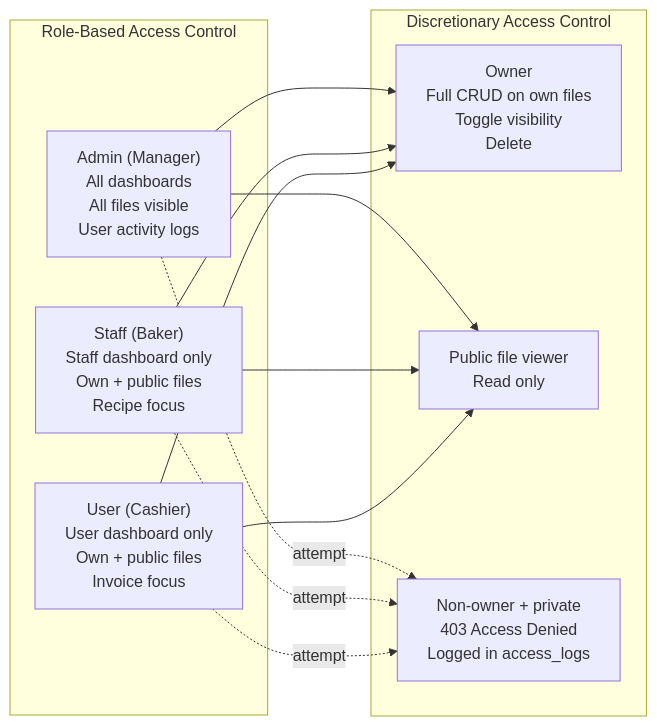
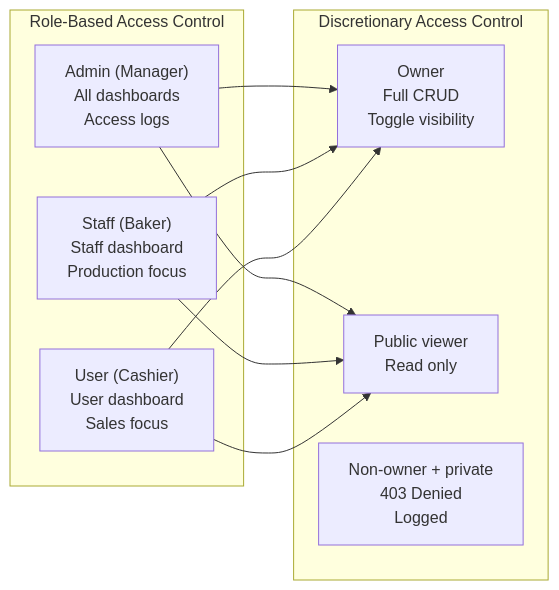
One commit to mikaelleon/BakeSync-Authentication changed the third of 4 diagrams in docs/ARCHITECTURE.md. Above: the diagram before and after it, drawn with Mermaid. The commit also changed other lines of this file and 1599 other files, not shown here.

````diff
--- a/docs/ARCHITECTURE.md
+++ b/docs/ARCHITECTURE.md
@@ -98,24 +97,21 @@
 ```mermaid
 graph LR
   subgraph RBAC["Role-Based Access Control"]
-    A["Admin (Manager)<br/>All dashboards<br/>All files visible<br/>User activity logs"]
-    S["Staff (Baker)<br/>Staff dashboard only<br/>Own + public files<br/>Recipe focus"]
-    U["User (Cashier)<br/>User dashboard only<br/>Own + public files<br/>Invoice focus"]
+    A["Admin (Manager)<br/>All dashboards<br/>Access logs"]
+    S["Staff (Baker)<br/>Staff dashboard<br/>Production focus"]
+    U["User (Cashier)<br/>User dashboard<br/>Sales focus"]
   end
 
   subgraph DAC["Discretionary Access Control"]
-    OWN["Owner<br/>Full CRUD on own files<br/>Toggle visibility<br/>Delete"]
-    PUB["Public file viewer<br/>Read only"]
-    DEN["Non-owner + private<br/>403 Access Denied<br/>Logged in access_logs"]
+    OWN["Owner<br/>Full CRUD<br/>Toggle visibility"]
+    PUB["Public viewer<br/>Read only"]
+    DEN["Non-owner + private<br/>403 Denied<br/>Logged"]
   end
 
   A --> OWN
   S --> OWN
   U --> OWN
   A --> PUB
   S --> PUB
   U --> PUB
-  A -.->|"attempt"| DEN
-  S -.->|"attempt"| DEN
-  U -.->|"attempt"| DEN
 ```
````
